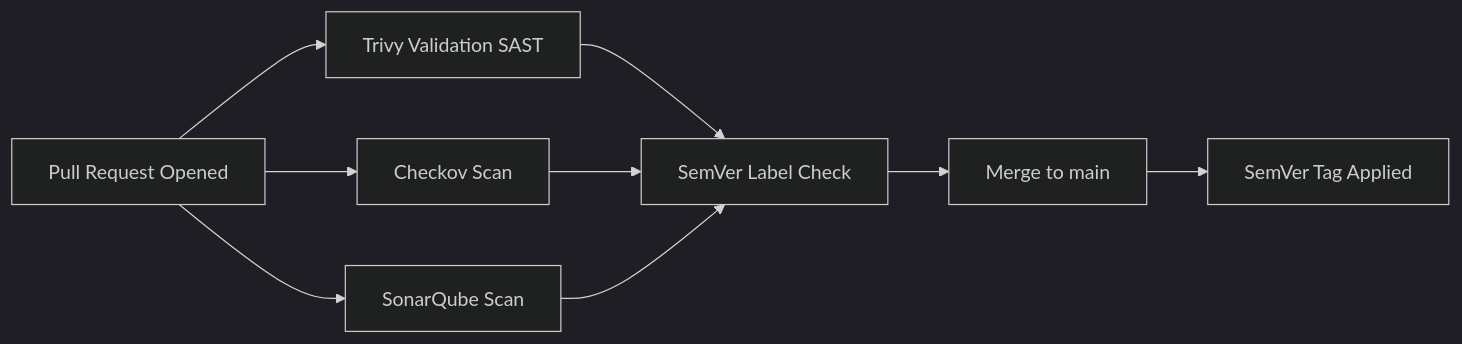
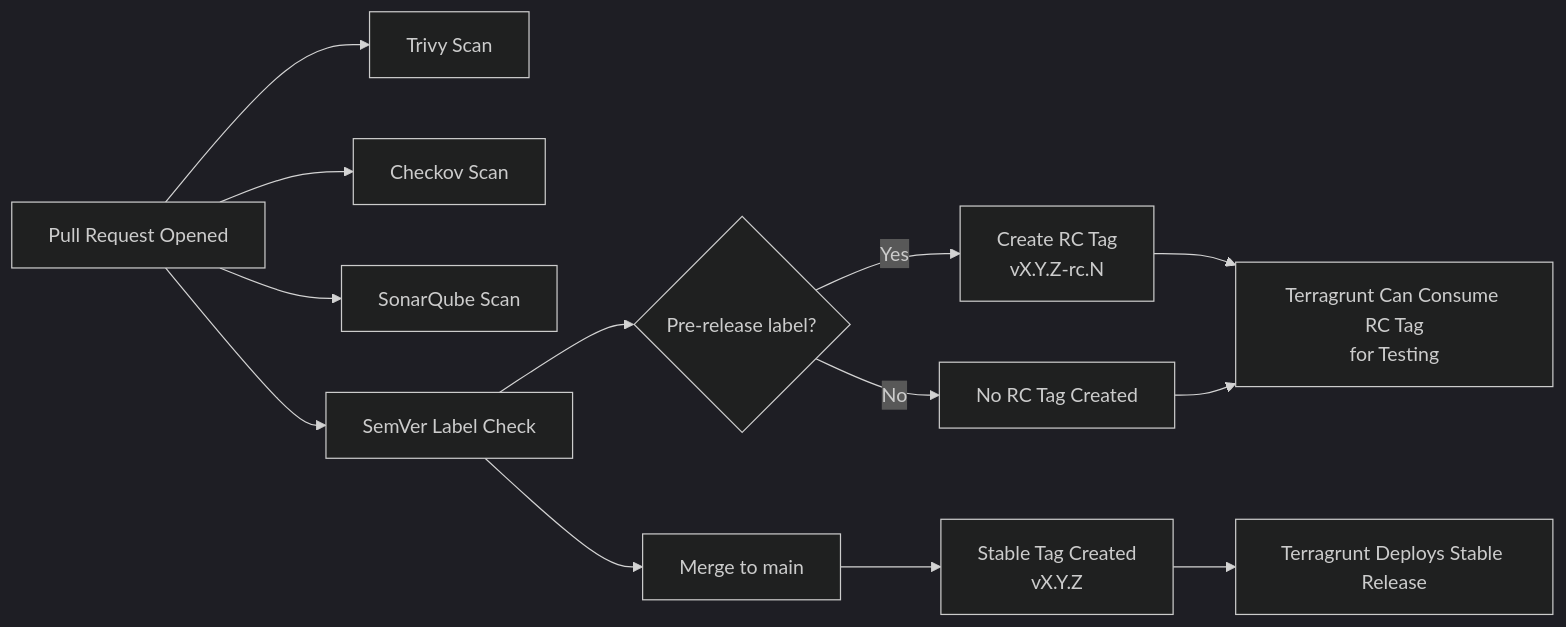
The diagram in README.md (UKHomeOffice/core-cloud-github-enterprise-terraform), drawn with Mermaid (dark theme) before and after one commit. The commit also changed other lines of this file, not shown here.

Commit message:
updating README to capture new RC tag release workflow

````diff
--- a/README.md
+++ b/README.md
@@ -100,11 +114,20 @@
 ```mermaid
 graph LR
-  A[Pull Request Opened] --> B[Trivy Validation SAST]
+  A[Pull Request Opened] --> B[Trivy Scan]
   A --> C[Checkov Scan]
   A --> D[SonarQube Scan]
-  B --> E[SemVer Label Check]
-  C --> E
-  D --> E
-  E --> F[Merge to main]
-  F --> G[SemVer Tag Applied]
+  A --> E[SemVer Label Check]
+
+  E --> F{Pre-release label?}
+
+  F -- Yes --> G[Create RC Tag<br/>vX.Y.Z-rc.N]
+  F -- No --> H[No RC Tag Created]
+
+  G --> I[Terragrunt Can Consume RC Tag<br/>for Testing]
+  H --> I
+
+  E --> J[Merge to main]
+  J --> K[Stable Tag Created<br/>vX.Y.Z]
+  K --> L[Terragrunt Deploys Stable Release]
+
 ```
````
